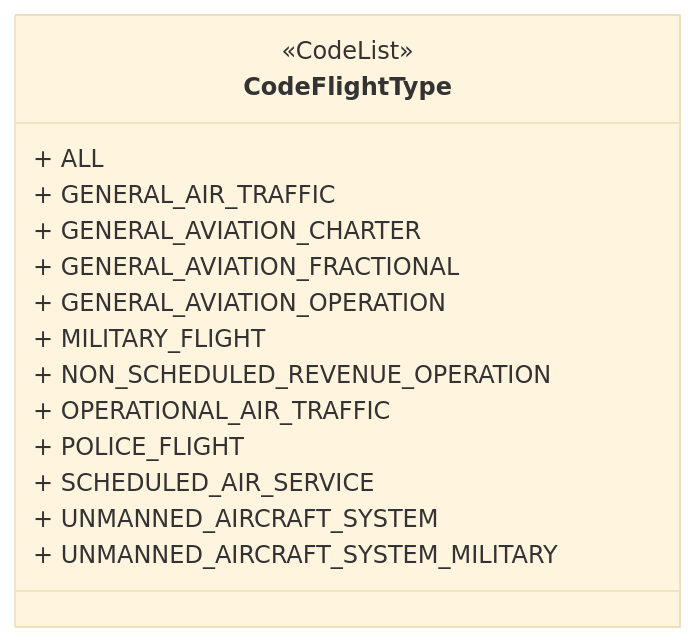
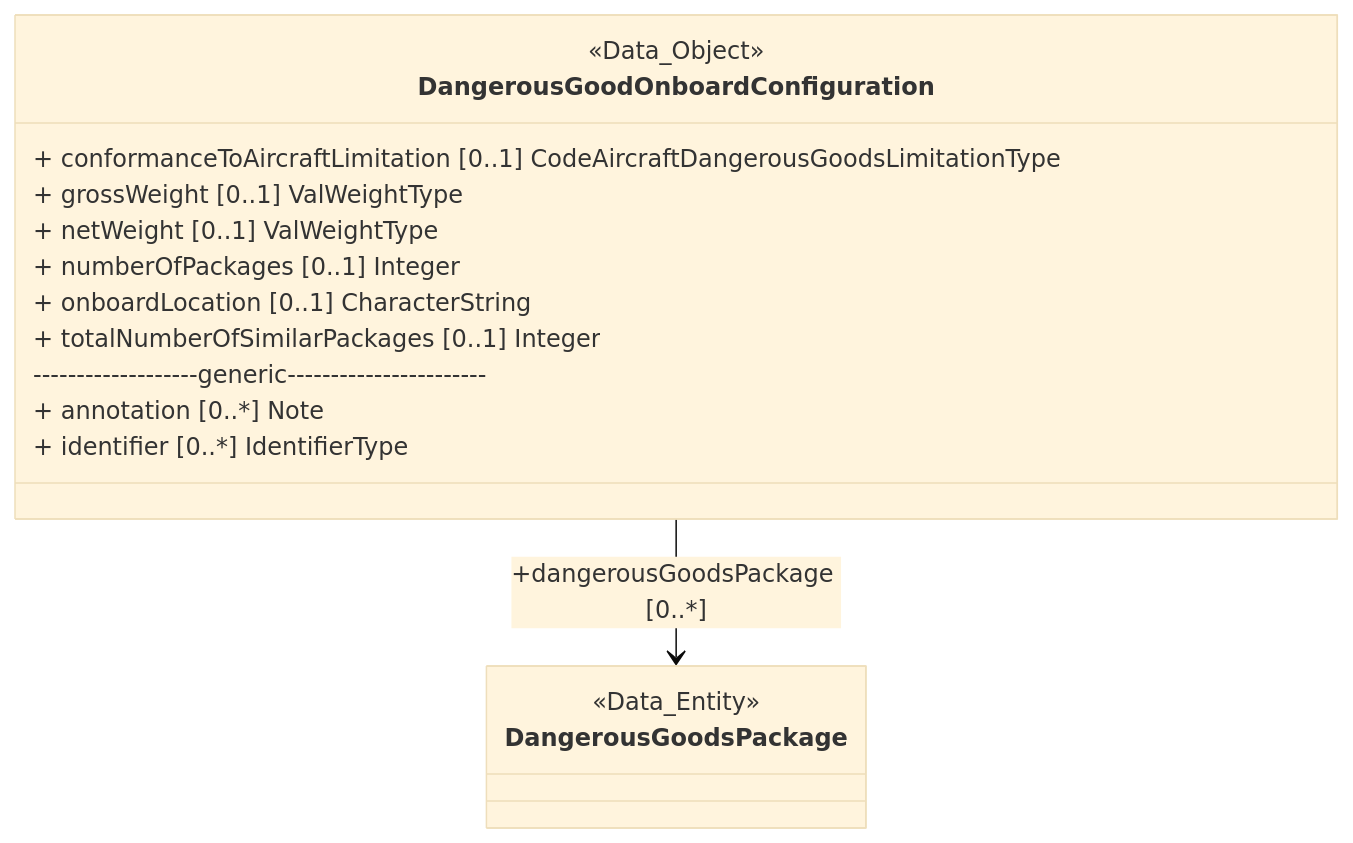
Before and after one commit to hlepori/testAIRM: diagram 14 of 46 in README.md, drawn with Mermaid (base theme). The commit also changed other lines of this file, not shown here.

````diff
--- a/README.md
+++ b/README.md
@@ -435,18 +395,19 @@
 ```mermaid	
 classDiagram	
-class CodeFlightType	
-<<CodeList>> CodeFlightType	
-link CodeFlightType "https://airm.aero/developers/advanced-search/1.0.0/CodeFlightType?model=LogicalModel" "Go to definition"	
-CodeFlightType : + ALL	
-CodeFlightType : + GENERAL_AIR_TRAFFIC	
-CodeFlightType : + GENERAL_AVIATION_CHARTER	
-CodeFlightType : + GENERAL_AVIATION_FRACTIONAL	
-CodeFlightType : + GENERAL_AVIATION_OPERATION	
-CodeFlightType : + MILITARY_FLIGHT	
-CodeFlightType : + NON_SCHEDULED_REVENUE_OPERATION	
-CodeFlightType : + OPERATIONAL_AIR_TRAFFIC	
-CodeFlightType : + POLICE_FLIGHT	
-CodeFlightType : + SCHEDULED_AIR_SERVICE	
-CodeFlightType : + UNMANNED_AIRCRAFT_SYSTEM	
-CodeFlightType : + UNMANNED_AIRCRAFT_SYSTEM_MILITARY	
+class DangerousGoodOnboardConfiguration	
+<<Data_Object>> DangerousGoodOnboardConfiguration	
+link DangerousGoodOnboardConfiguration "https://airm.aero/developers/advanced-search/1.0.0/DangerousGoodOnboardConfiguration?model=LogicalModel" "Go to definition"	
+DangerousGoodOnboardConfiguration : + conformanceToAircraftLimitation [0..1] CodeAircraftDangerousGoodsLimitationType	
+class DangerousGoodsPackage	
+<<Data_Entity>> DangerousGoodsPackage	
+link DangerousGoodsPackage "https://airm.aero/developers/advanced-search/1.0.0/DangerousGoodsPackage?model=LogicalModel" "Go to definition"	
+DangerousGoodOnboardConfiguration --> DangerousGoodsPackage : +dangerousGoodsPackage [0..*]	
+DangerousGoodOnboardConfiguration : + grossWeight [0..1] ValWeightType	
+DangerousGoodOnboardConfiguration : + netWeight [0..1] ValWeightType	
+DangerousGoodOnboardConfiguration : + numberOfPackages [0..1] Integer	
+DangerousGoodOnboardConfiguration : + onboardLocation [0..1] CharacterString	
+DangerousGoodOnboardConfiguration : + totalNumberOfSimilarPackages [0..1] Integer	
+DangerousGoodOnboardConfiguration: -------------------generic-----------------------	
+DangerousGoodOnboardConfiguration : + annotation [0..*] Note	
+DangerousGoodOnboardConfiguration : + identifier [0..*] IdentifierType	
 ```	
````
